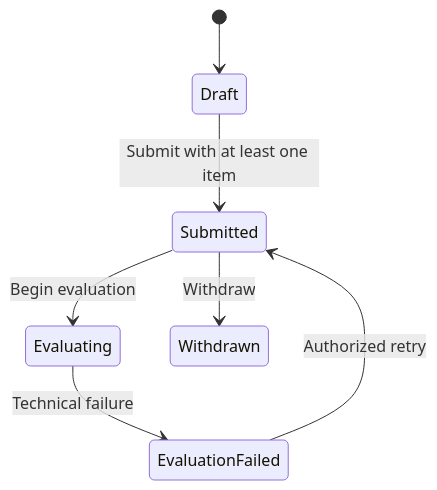
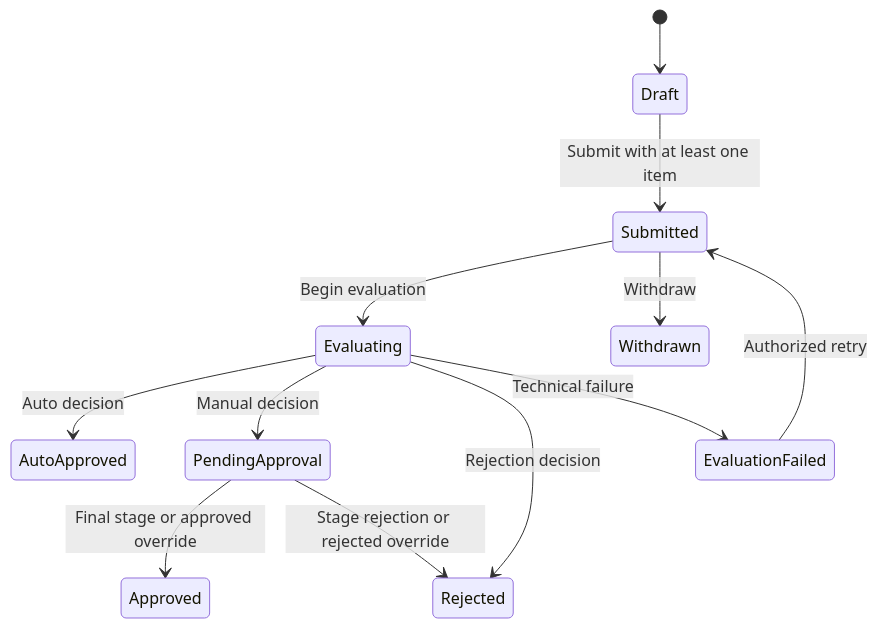
Before and after one commit to keerthi259/DecisionForge: the second of 2 diagrams in docs/architecture/domain-model.md, drawn with Mermaid. The commit also changed other lines of this file and 259 other files, not shown here.

````diff
--- a/docs/architecture/domain-model.md
+++ b/docs/architecture/domain-model.md
@@ -86,9 +126,14 @@
 ```mermaid
 stateDiagram-v2
   [*] --> Draft
   Draft --> Submitted: Submit with at least one item
   Submitted --> Evaluating: Begin evaluation
+  Evaluating --> AutoApproved: Auto decision
+  Evaluating --> PendingApproval: Manual decision
+  Evaluating --> Rejected: Rejection decision
   Evaluating --> EvaluationFailed: Technical failure
   EvaluationFailed --> Submitted: Authorized retry
+  PendingApproval --> Approved: Final stage or approved override
+  PendingApproval --> Rejected: Stage rejection or rejected override
   Submitted --> Withdrawn: Withdraw
 ```
````
